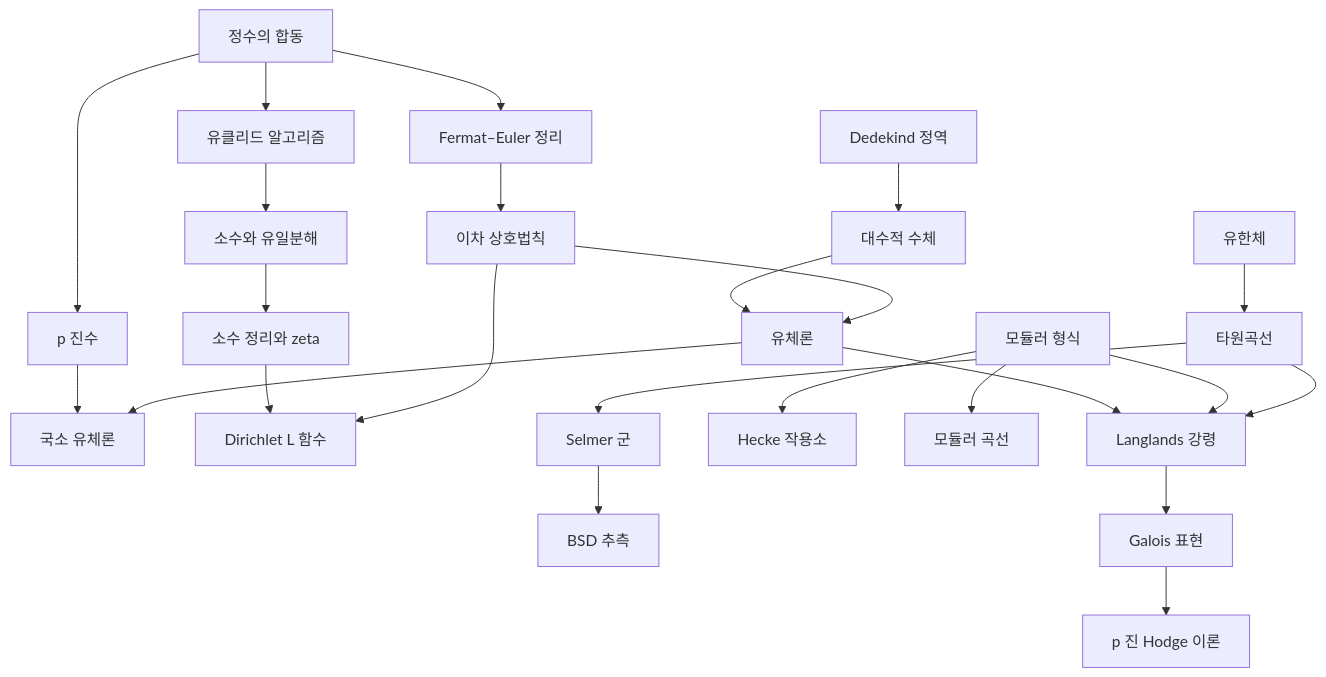
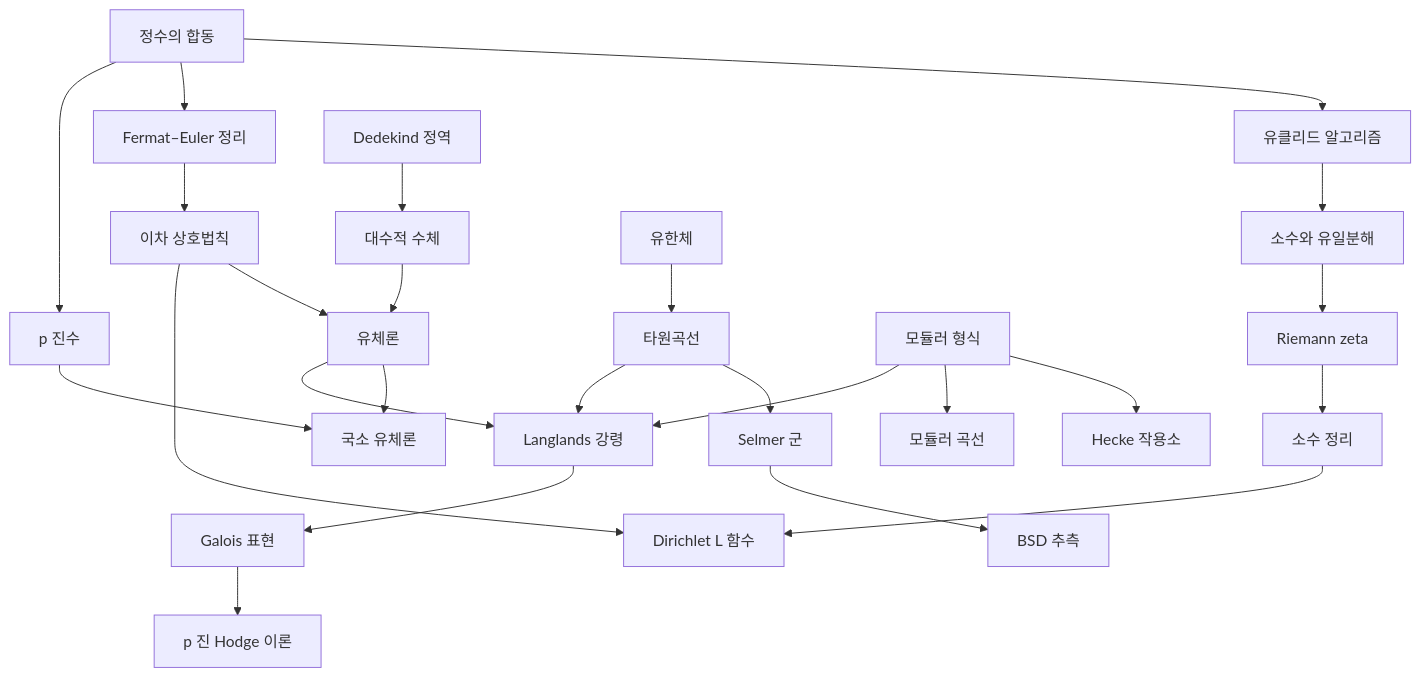
One commit to Phryxia/math-map changed the diagram in docs/number-theory-overview.md. Above: the diagram before and after it, drawn with Mermaid. The commit also changed other lines of this file and 14 other files, not shown here.

First line of the commit message:
split prime-number-theorem into riemann-zeta (new) and prime-number-theorem (소수 정리)

````diff
--- a/docs/number-theory-overview.md
+++ b/docs/number-theory-overview.md
@@ -13,17 +13,17 @@
 ```mermaid
 graph TD
   MA["정수의 합동"] --> EA["유클리드 알고리즘"] --> PR["소수와 유일분해"]
   MA --> FE["Fermat–Euler 정리"] --> QR["이차 상호법칙"]
   MA --> PA["p 진수"] --> LCFT["국소 유체론"]
-  PR --> PNT["소수 정리와 zeta"] --> DL["Dirichlet L 함수"]
+  PR --> RZ["Riemann zeta"] --> PNT["소수 정리"] --> DL["Dirichlet L 함수"]
   DD["Dedekind 정역"] --> ANF["대수적 수체"] --> CFT["유체론"]
   QR --> CFT --> LCFT
   QR --> DL
   FF["유한체"] --> EC["타원곡선"] --> SEL["Selmer 군"] --> BSD["BSD 추측"]
   MF["모듈러 형식"] --> HK["Hecke 작용소"]
   MF --> MC["모듈러 곡선"]
   CFT --> LP["Langlands 강령"]
   MF --> LP
   EC --> LP
   LP --> GR["Galois 표현"] --> PH["p 진 Hodge 이론"]
 ```
````
